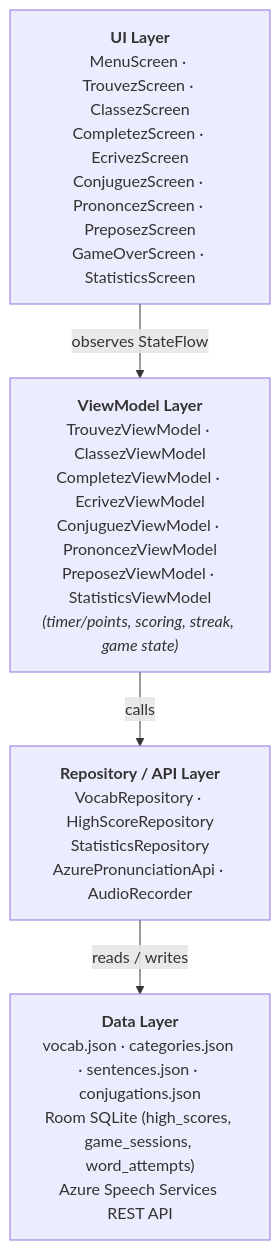
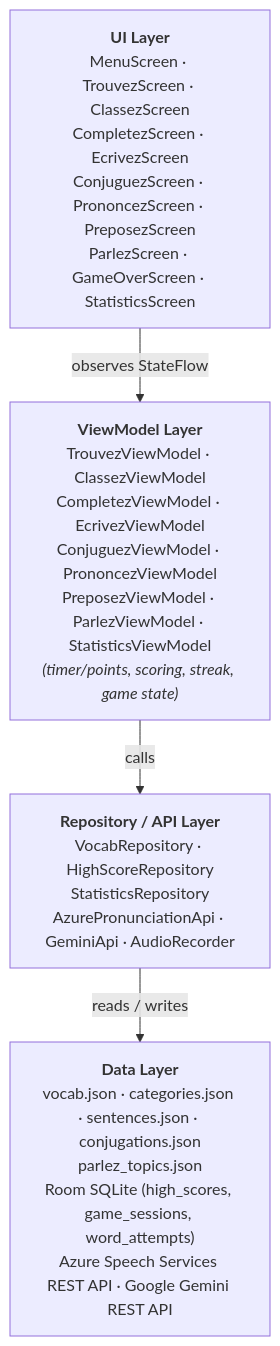
One commit to florianow/hubert changed the diagram in README.md. Above: the diagram before and after it, drawn with Mermaid. The commit also changed other lines of this file, not shown here.

First line of the commit message:
readme: adding parlez

````diff
--- a/README.md
+++ b/README.md
@@ -341,11 +369,11 @@
 ```mermaid
 graph TD
-    UI["<b>UI Layer</b><br/>MenuScreen · TrouvezScreen · ClassezScreen<br/>CompletezScreen · EcrivezScreen<br/>ConjuguezScreen · PrononcezScreen · PreposezScreen<br/>GameOverScreen · StatisticsScreen"]
-    VM["<b>ViewModel Layer</b><br/>TrouvezViewModel · ClassezViewModel<br/>CompletezViewModel · EcrivezViewModel<br/>ConjuguezViewModel · PrononcezViewModel<br/>PreposezViewModel · StatisticsViewModel<br/><i>(timer/points, scoring, streak, game state)</i>"]
-    REPO["<b>Repository / API Layer</b><br/>VocabRepository · HighScoreRepository<br/>StatisticsRepository<br/>AzurePronunciationApi · AudioRecorder"]
-    DATA["<b>Data Layer</b><br/>vocab.json · categories.json · sentences.json · conjugations.json<br/>Room SQLite (high_scores, game_sessions, word_attempts)<br/>Azure Speech Services REST API"]
+    UI["<b>UI Layer</b><br/>MenuScreen · TrouvezScreen · ClassezScreen<br/>CompletezScreen · EcrivezScreen<br/>ConjuguezScreen · PrononcezScreen · PreposezScreen<br/>ParlezScreen · GameOverScreen · StatisticsScreen"]
+    VM["<b>ViewModel Layer</b><br/>TrouvezViewModel · ClassezViewModel<br/>CompletezViewModel · EcrivezViewModel<br/>ConjuguezViewModel · PrononcezViewModel<br/>PreposezViewModel · ParlezViewModel · StatisticsViewModel<br/><i>(timer/points, scoring, streak, game state)</i>"]
+    REPO["<b>Repository / API Layer</b><br/>VocabRepository · HighScoreRepository<br/>StatisticsRepository<br/>AzurePronunciationApi · GeminiApi · AudioRecorder"]
+    DATA["<b>Data Layer</b><br/>vocab.json · categories.json · sentences.json · conjugations.json<br/>parlez_topics.json<br/>Room SQLite (high_scores, game_sessions, word_attempts)<br/>Azure Speech Services REST API · Google Gemini REST API"]
 
     UI -- "observes StateFlow" --> VM
     VM -- "calls" --> REPO
     REPO -- "reads / writes" --> DATA
 ```
````
